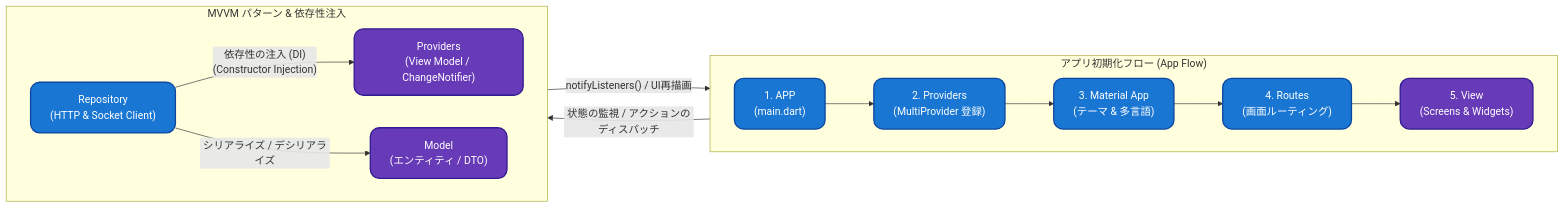
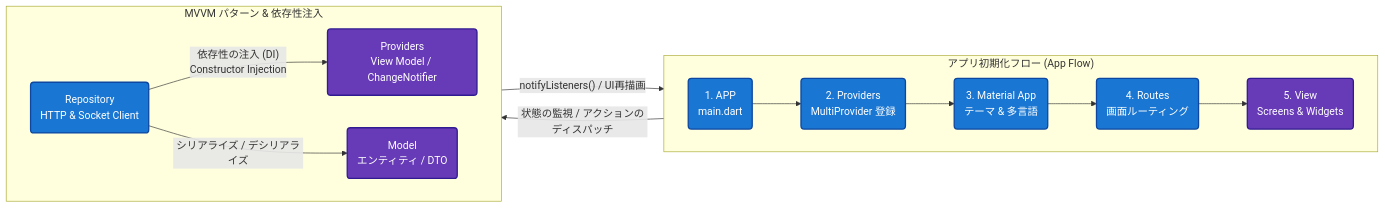
One commit to aimachinius/Thread-City- changed the second of 5 diagrams in README.ja.md. Above: the diagram before and after it, drawn with Mermaid. The commit also changed other lines of this file and 2 other files, not shown here.

Commit message:
fix(docs): resolve GitHub Mermaid diagram parse errors across all README files

````diff
--- a/README.ja.md
+++ b/README.ja.md
@@ -78,23 +79,23 @@
 ```mermaid
 flowchart LR
     subgraph AppFlow ["アプリ初期化フロー (App Flow)"]
         direction LR
-        APP["1. APP<br/>(main.dart)"] --> ProvidersInit["2. Providers<br/>(MultiProvider 登録)"]
-        ProvidersInit --> Material["3. Material App<br/>(テーマ & 多言語)"]
-        Material --> Routes["4. Routes<br/>(画面ルーティング)"]
-        Routes --> View["5. View<br/>(Screens & Widgets)"]
+        APP("1. APP<br/>main.dart") --> ProvidersInit("2. Providers<br/>MultiProvider 登録")
+        ProvidersInit --> Material("3. Material App<br/>テーマ & 多言語")
+        Material --> Routes("4. Routes<br/>画面ルーティング")
+        Routes --> View("5. View<br/>Screens & Widgets")
     end
 
     subgraph MVVMArchitecture ["MVVM パターン & 依存性注入"]
         direction LR
-        View -->|"状態の監視 / アクションのディスパッチ"| ProvidersVM["Providers<br/>(View Model / ChangeNotifier)"]
-        Repo["Repository<br/>(HTTP & Socket Client)" ] -->|"依存性の注入 (DI)<br/>(Constructor Injection)"| ProvidersVM
-        Repo -->|"シリアライズ / デシリアライズ"| Model["Model<br/>(エンティティ / DTO)"]
+        View -->|"状態の監視 / アクションのディスパッチ"| ProvidersVM("Providers<br/>View Model / ChangeNotifier")
+        Repo("Repository<br/>HTTP & Socket Client") -->|"依存性の注入 (DI)<br/>Constructor Injection"| ProvidersVM
+        Repo -->|"シリアライズ / デシリアライズ"| Model("Model<br/>エンティティ / DTO")
         ProvidersVM -->|"notifyListeners() / UI再描画"| View
     end
 
-    classDef blueBox fill:#1976D2,stroke:#0D47A1,stroke-width:2px,color:#fff,rx:14px,ry:14px;
-    classDef purpleBox fill:#673AB7,stroke:#311B92,stroke-width:2px,color:#fff,rx:14px,ry:14px;
+    classDef blueBox fill:#1976D2,stroke:#0D47A1,stroke-width:2px,color:#fff;
+    classDef purpleBox fill:#673AB7,stroke:#311B92,stroke-width:2px,color:#fff;
     class APP,ProvidersInit,Material,Routes,Repo blueBox;
     class View,ProvidersVM,Model purpleBox;
 ```
````
